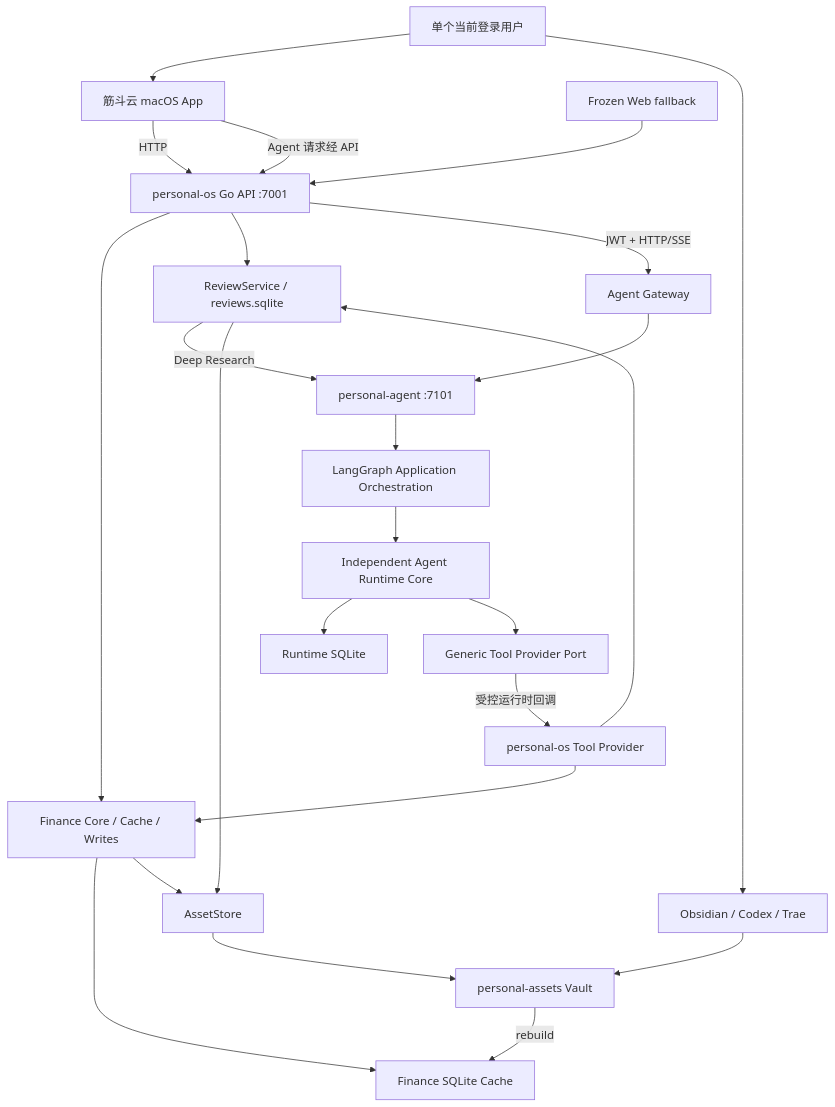
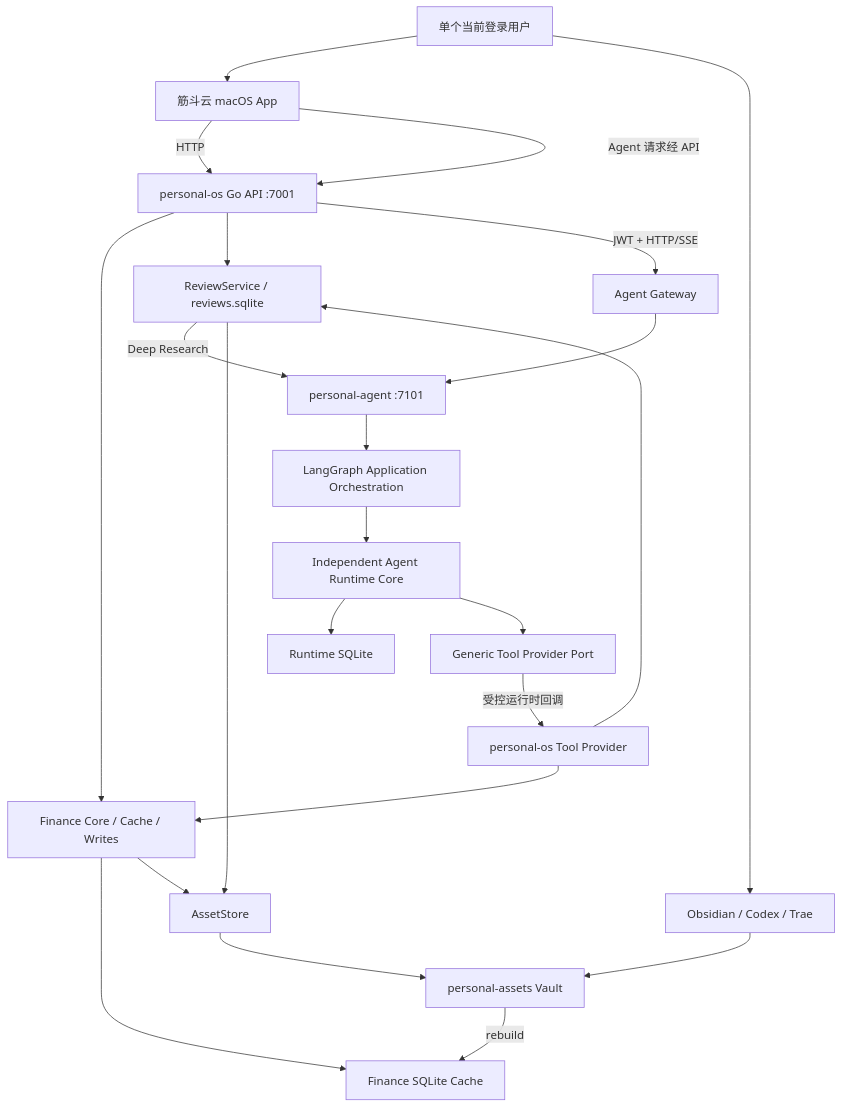
Before and after one commit to walker-qiang/personal-system: the diagram in docs/personal-system-design.md, drawn with Mermaid. The commit also changed other lines of this file and 2 other files, not shown here.

First line of the commit message:
docs(workspace): align current app architecture

````diff
--- a/docs/personal-system-design.md
+++ b/docs/personal-system-design.md
@@ -209,30 +207,29 @@
 ```mermaid
 flowchart TD
     U["单个当前登录用户"] --> MAC["筋斗云 macOS App"]
     U --> OBS["Obsidian / Codex / Trae"]
 
     MAC -->|"HTTP"| API["personal-os Go API :7001"]
     MAC -->|"Agent 请求经 API"| API
-    WEB["Frozen Web fallback"] --> API
 
     API --> FC["Finance Core / Cache / Writes"]
     API --> REVIEW["ReviewService / reviews.sqlite"]
     REVIEW -->|"Deep Research"| AGENT
     REVIEW --> AS
     FC --> FDB["Finance SQLite Cache"]
     FC --> AS["AssetStore"]
     AS --> VAULT["personal-assets Vault"]
 
     API -->|"JWT + HTTP/SSE"| GATEWAY["Agent Gateway"]
     GATEWAY --> AGENT["personal-agent :7101"]
     AGENT --> LG["LangGraph Application Orchestration"]
     LG --> RT["Independent Agent Runtime Core"]
     RT --> RS["Runtime SQLite"]
     RT --> TOOLS["Generic Tool Provider Port"]
     TOOLS -->|"受控运行时回调"| TP["personal-os Tool Provider"]
     TP --> FC
     TP --> REVIEW
 
     OBS --> VAULT
     VAULT -->|"rebuild"| FDB
 ```
````
